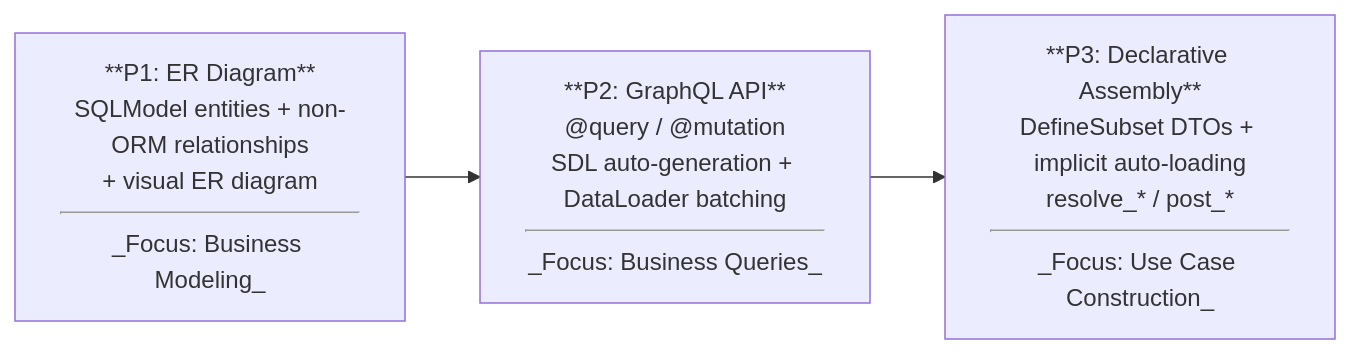
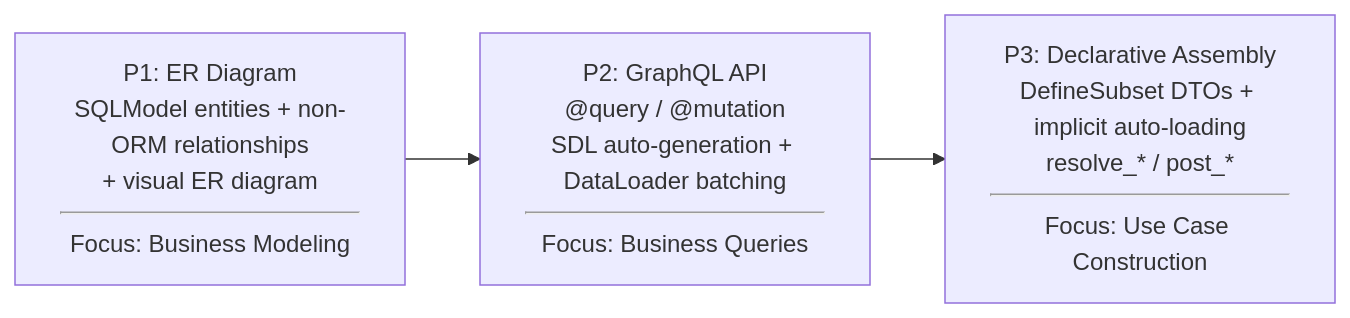
Before and after one commit to allmonday/sqlmodel-nexus: the diagram in README.md, drawn with Mermaid.

Commit message:
fix: Update ER diagram formatting for improved readability in README

````diff
--- a/README.md
+++ b/README.md
@@ -7,6 +7,6 @@
 ```mermaid
 flowchart LR
-    p1["**P1: ER Diagram**<br/>SQLModel entities + non-ORM relationships<br/>+ visual ER diagram<br/><hr>_Focus: Business Modeling_"]
-    --> p2["**P2: GraphQL API**<br/>@query / @mutation<br/>SDL auto-generation + DataLoader batching<br/><hr>_Focus: Business Queries_"]
-    --> p3["**P3: Declarative Assembly**<br/>DefineSubset DTOs + implicit auto-loading<br/>resolve_* / post_*<br/><hr>_Focus: Use Case Construction_"]
+    p1["P1: ER Diagram<br/>SQLModel entities + non-ORM relationships<br/>+ visual ER diagram<br/><hr>Focus: Business Modeling"]
+    --> p2["P2: GraphQL API<br/>@query / @mutation<br/>SDL auto-generation + DataLoader batching<br/><hr>Focus: Business Queries"]
+    --> p3["P3: Declarative Assembly<br/>DefineSubset DTOs + implicit auto-loading<br/>resolve_* / post_*<br/><hr>Focus: Use Case Construction"]
 ```
````
